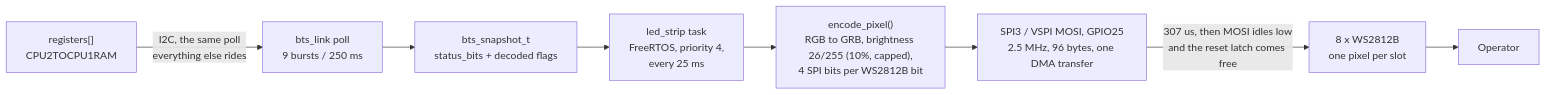
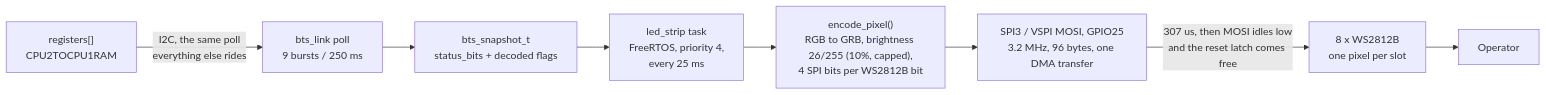
One commit to ArakniD/Lion-IRVT changed diagram 11 of 11 in Hardware/source/Docs/data-flow.md. Above: the diagram before and after it, drawn with Mermaid. The commit also changed other lines of this file and 14 other files, not shown here.

````diff
--- a/Hardware/source/Docs/data-flow.md
+++ b/Hardware/source/Docs/data-flow.md
@@ -846,19 +846,19 @@
 ```mermaid
 flowchart LR
     REGS["registers[]<br/>CPU2TOCPU1RAM"]
     LINK["bts_link poll<br/>9 bursts / 250 ms"]
     SNAP["bts_snapshot_t<br/>status_bits + decoded flags"]
     TASK["led_strip task<br/>FreeRTOS, priority 4,<br/>every 25 ms"]
     ENC["encode_pixel()<br/>RGB to GRB, brightness 26/255 (10%, capped),<br/>4 SPI bits per WS2812B bit"]
-    SPI["SPI3 / VSPI MOSI, GPIO25<br/>2.5 MHz, 96 bytes, one DMA transfer"]
+    SPI["SPI3 / VSPI MOSI, GPIO25<br/>3.2 MHz, 96 bytes, one DMA transfer"]
     STRIP["8 x WS2812B<br/>one pixel per slot"]
     EYE["Operator"]
 
     REGS -->|"I2C, the same poll<br/>everything else rides"| LINK
     LINK --> SNAP
     SNAP --> TASK
     TASK --> ENC
     ENC --> SPI
     SPI -->|"307 us, then MOSI idles low<br/>and the reset latch comes free"| STRIP
     STRIP --> EYE
 ```
````
